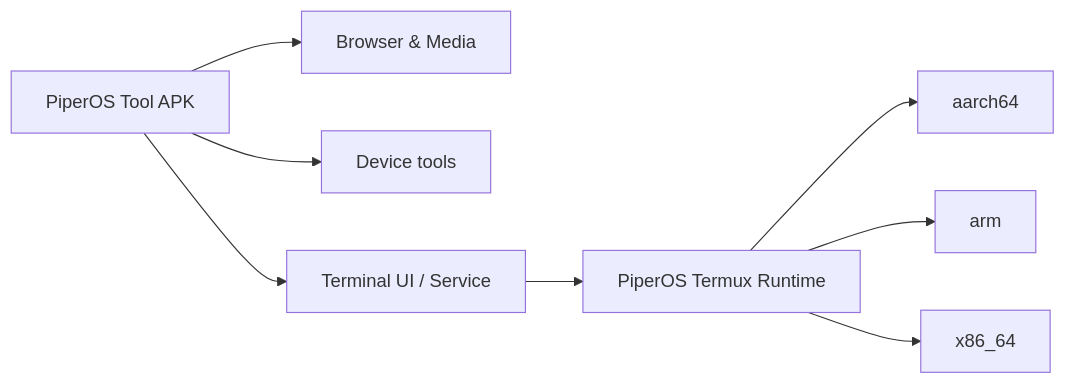
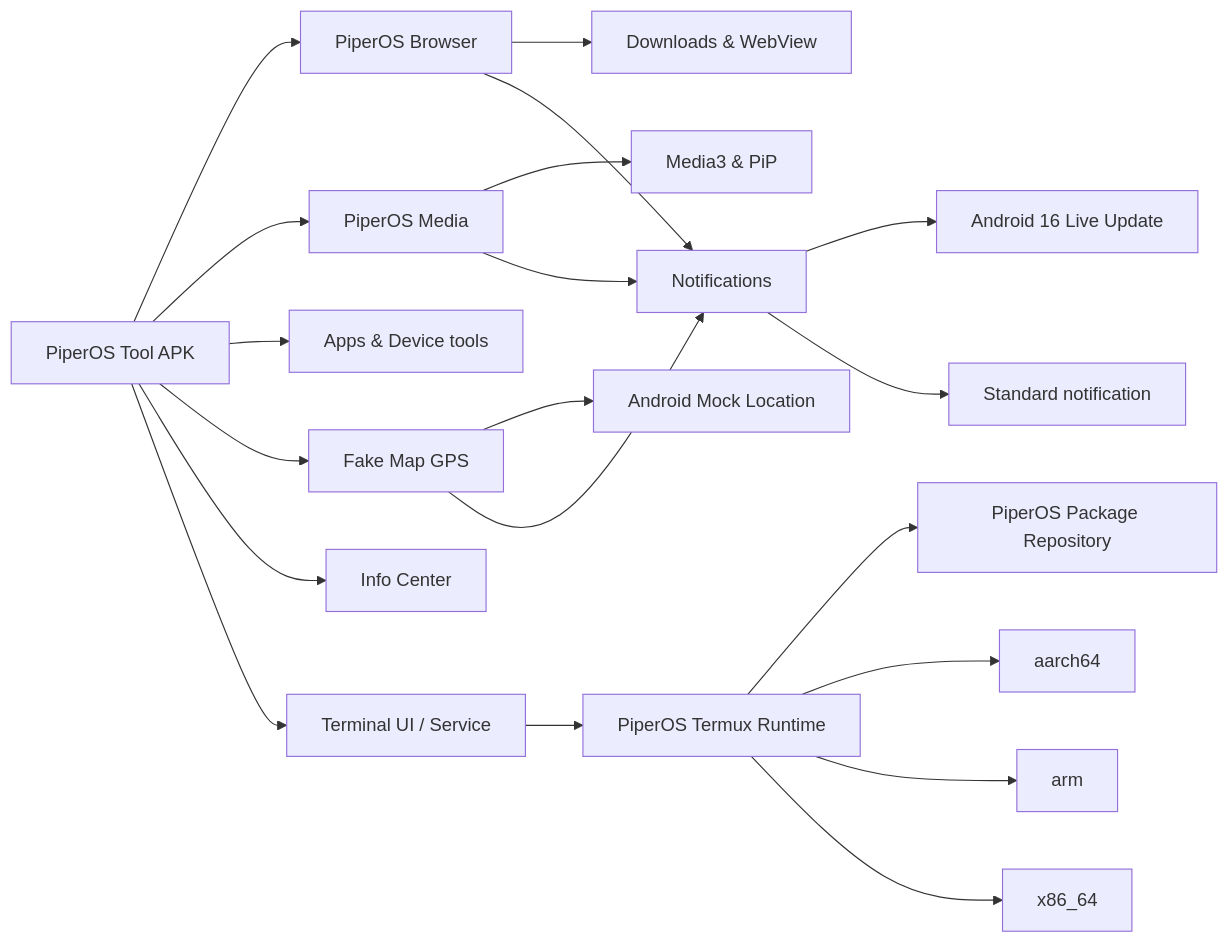
One commit to Phi574/PiperOSTool-Android changed the diagram in README.md. Above: the diagram before and after it, drawn with Mermaid.

Commit message:
Expand project architecture diagram

````diff
--- a/README.md
+++ b/README.md
@@ -45,10 +45,27 @@
 ```mermaid
 flowchart LR
-    A["PiperOS Tool APK"] --> B["Browser & Media"]
-    A --> C["Device tools"]
-    A --> D["Terminal UI / Service"]
-    D --> E["PiperOS Termux Runtime"]
-    E --> F["aarch64"]
-    E --> G["arm"]
-    E --> H["x86_64"]
+    A["PiperOS Tool APK"]
+
+    A --> B["PiperOS Browser"]
+    A --> C["PiperOS Media"]
+    A --> D["Apps & Device tools"]
+    A --> E["Fake Map GPS"]
+    A --> F["Info Center"]
+    A --> G["Terminal UI / Service"]
+
+    B --> H["Downloads & WebView"]
+    C --> I["Media3 & PiP"]
+    E --> J["Android Mock Location"]
+
+    B --> K["Notifications"]
+    C --> K
+    E --> K
+    K --> L["Android 16 Live Update"]
+    K --> M["Standard notification"]
+
+    G --> N["PiperOS Termux Runtime"]
+    N --> O["PiperOS Package Repository"]
+    N --> P["aarch64"]
+    N --> Q["arm"]
+    N --> R["x86_64"]
 ```
````
